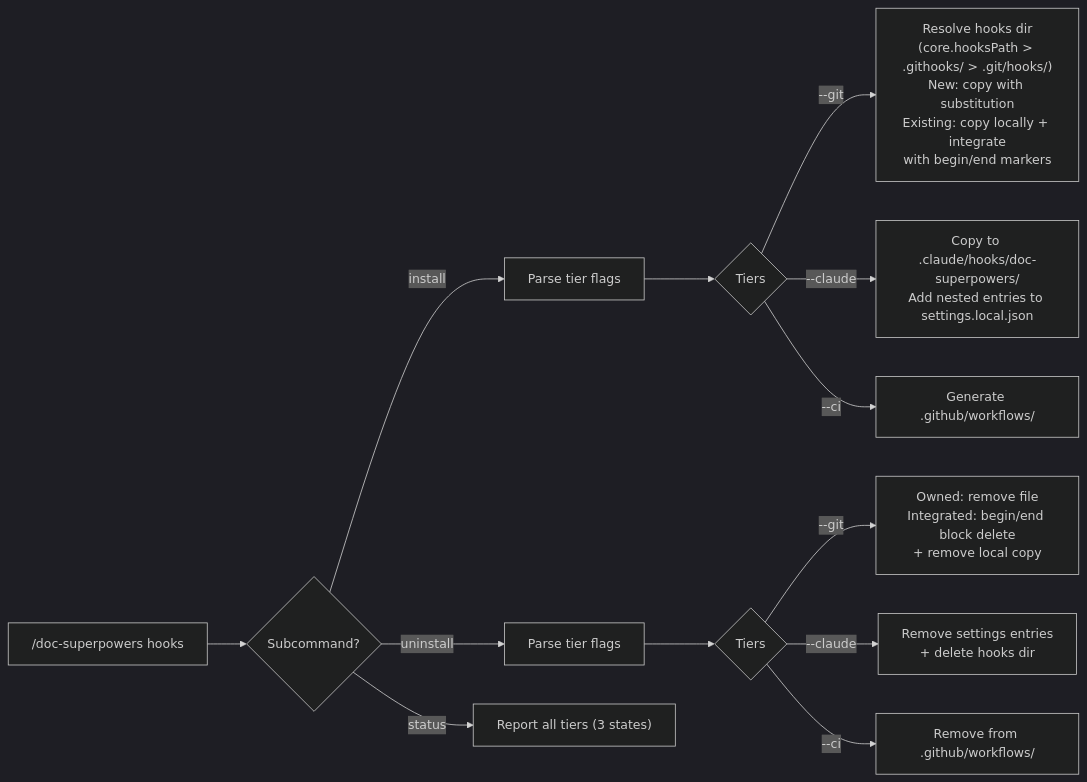
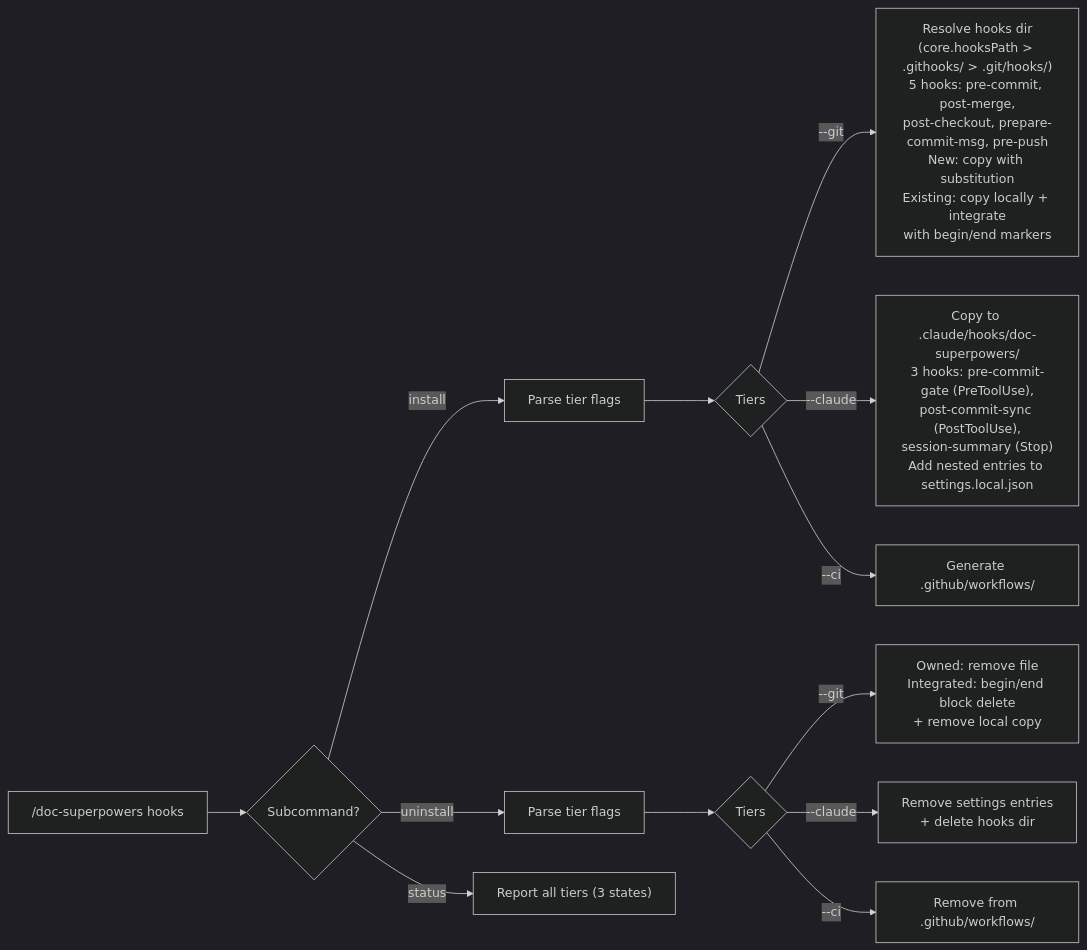
One commit to woodrowpearson/doc-superpowers changed the fifth of 10 diagrams in docs/workflows/doc-superpowers.md. Above: the diagram before and after it, drawn with Mermaid (dark theme). The commit also changed other lines of this file and 5 other files, not shown here.

First line of the commit message:
docs: update 5 docs to reflect new hooks (post-commit-sync, pre-push)

````diff
--- a/docs/workflows/doc-superpowers.md
+++ b/docs/workflows/doc-superpowers.md
@@ -354,15 +354,15 @@
 ```mermaid
 flowchart LR
   A["/doc-superpowers hooks"] --> B{Subcommand?}
   B -->|install| C["Parse tier flags"]
   B -->|uninstall| D["Parse tier flags"]
   B -->|status| E["Report all tiers (3 states)"]
   C --> F{Tiers}
-  F -->|--git| G["Resolve hooks dir\n(core.hooksPath > .githooks/ > .git/hooks/)\nNew: copy with substitution\nExisting: copy locally + integrate\nwith begin/end markers"]
-  F -->|--claude| H["Copy to .claude/hooks/doc-superpowers/\nAdd nested entries to settings.local.json"]
+  F -->|--git| G["Resolve hooks dir\n(core.hooksPath > .githooks/ > .git/hooks/)\n5 hooks: pre-commit, post-merge,\npost-checkout, prepare-commit-msg, pre-push\nNew: copy with substitution\nExisting: copy locally + integrate\nwith begin/end markers"]
+  F -->|--claude| H["Copy to .claude/hooks/doc-superpowers/\n3 hooks: pre-commit-gate (PreToolUse),\npost-commit-sync (PostToolUse),\nsession-summary (Stop)\nAdd nested entries to settings.local.json"]
   F -->|--ci| I["Generate .github/workflows/"]
   D --> J{Tiers}
   J -->|--git| K["Owned: remove file\nIntegrated: begin/end block delete\n+ remove local copy"]
   J -->|--claude| L["Remove settings entries\n+ delete hooks dir"]
   J -->|--ci| M["Remove from .github/workflows/"]
 ```
````
